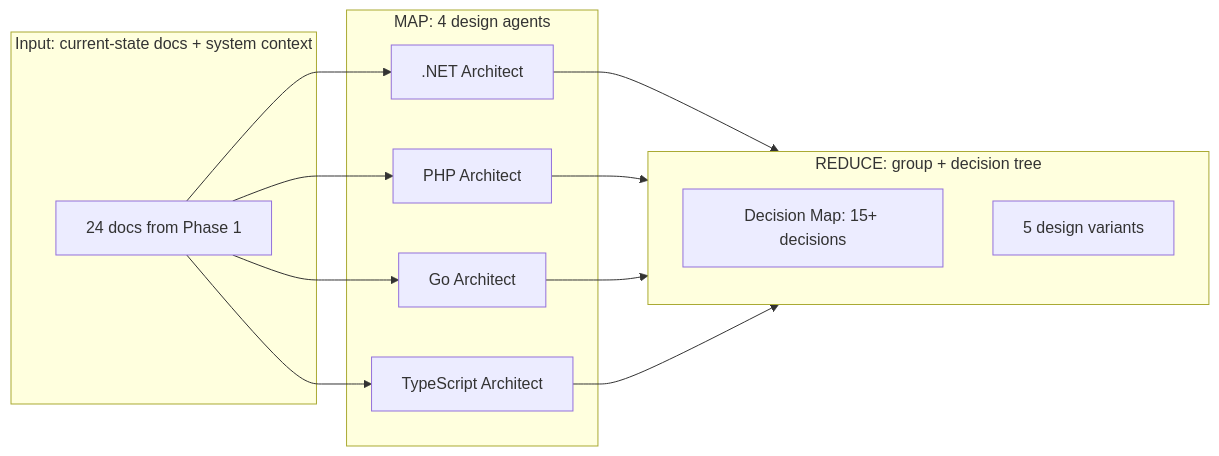
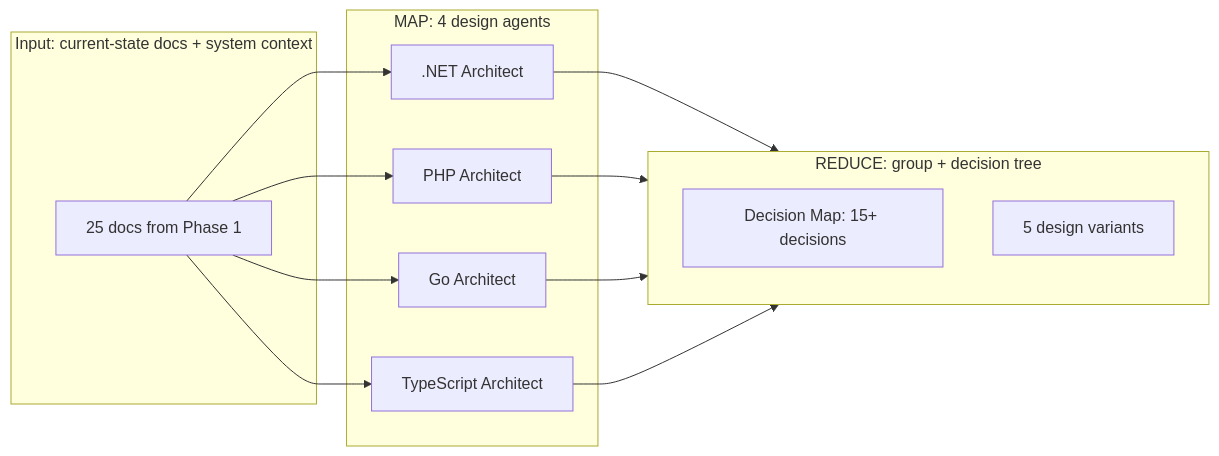
One commit to sosotravelier/tc-transition-to-12go changed the fourth of 9 diagrams in presentation/2026-03-09-ai-driven-design/ai-methodology.md. Above: the diagram before and after it, drawn with Mermaid. The commit also changed other lines of this file and 21 other files, not shown here.

````diff
--- a/presentation/2026-03-09-ai-driven-design/ai-methodology.md
+++ b/presentation/2026-03-09-ai-driven-design/ai-methodology.md
@@ -213,27 +216,27 @@
 ```mermaid
 flowchart LR
     subgraph input2["Input: current-state docs + system context"]
-        CS2["24 docs from Phase 1"]
+        CS2["25 docs from Phase 1"]
     end
 
     subgraph map2["MAP: 4 design agents"]
         DN[".NET Architect"]
         PH["PHP Architect"]
         GO["Go Architect"]
         TS["TypeScript Architect"]
     end
 
     subgraph reduce2["REDUCE: group + decision tree"]
         DM["Decision Map: 15+ decisions"]
         ALT["5 design variants"]
     end
 
     CS2 --> DN
     CS2 --> PH
     CS2 --> GO
     CS2 --> TS
     DN --> reduce2
     PH --> reduce2
     GO --> reduce2
     TS --> reduce2
 ```
````
